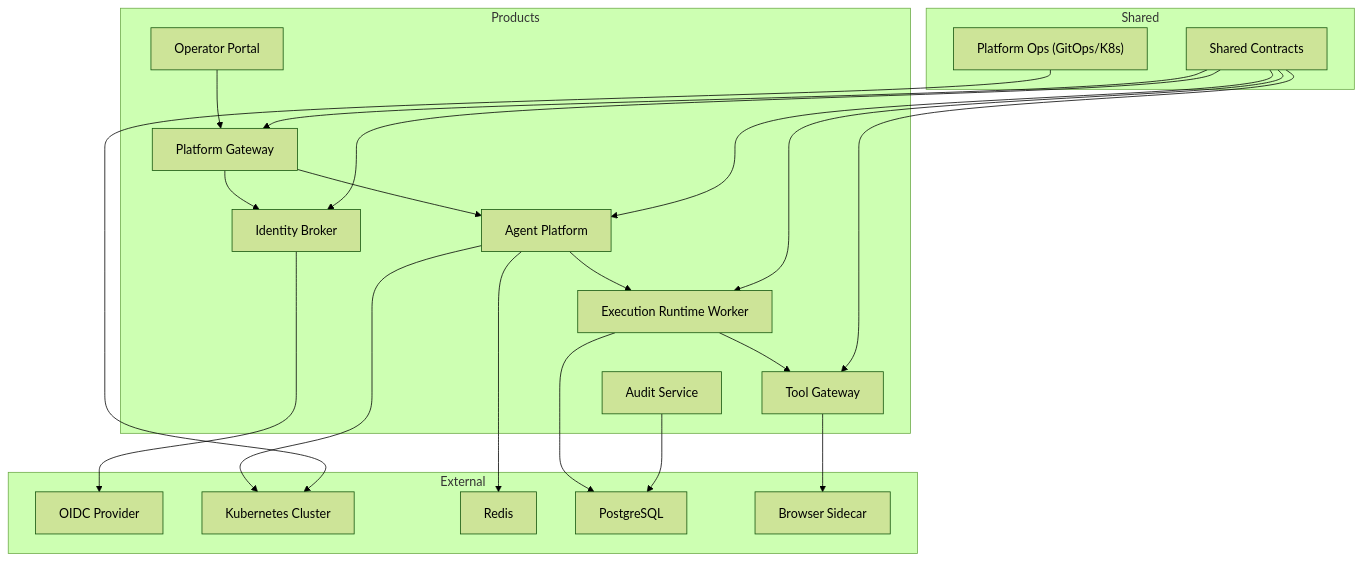
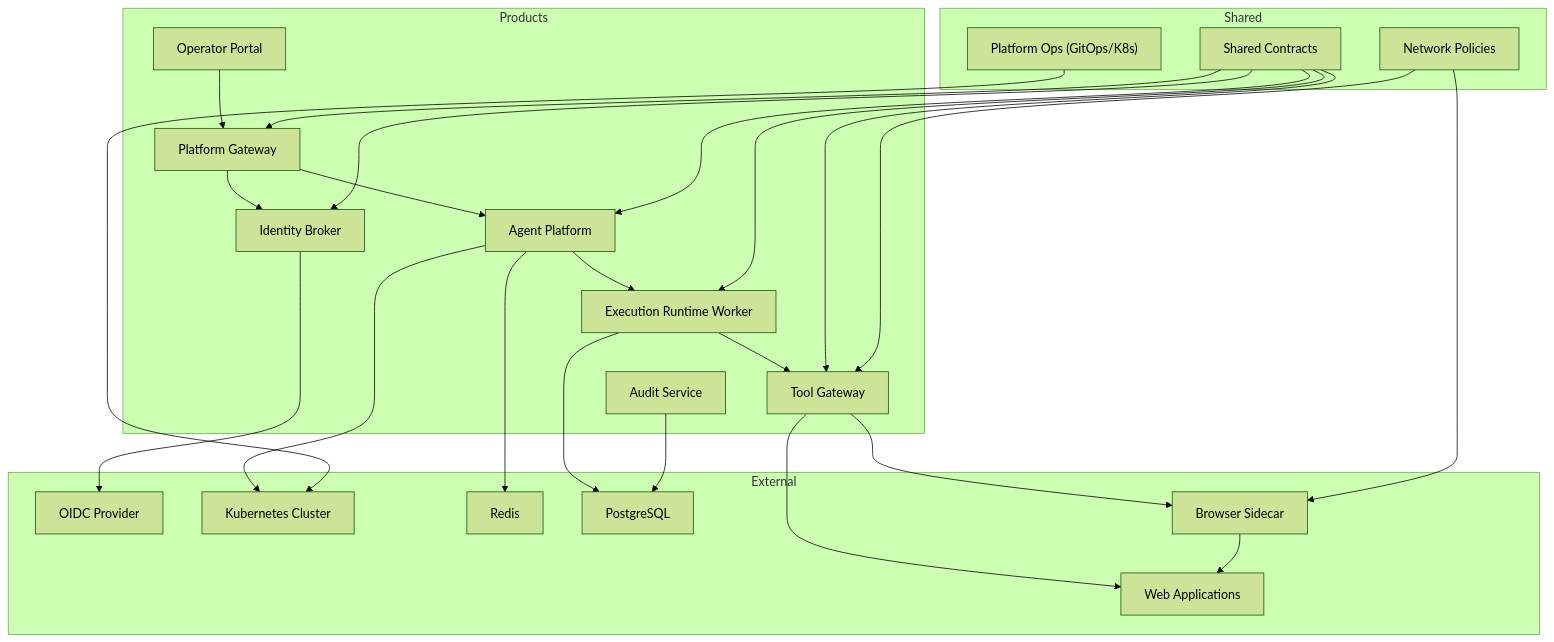
Before and after one commit to metasync/luban-aiops: the first of 13 diagrams in .qoder/repowiki/en/content/Architecture Documentation/Architecture Documentation.md, drawn with Mermaid (forest theme). The commit also changed other lines of this file and 6 other files, not shown here.

````diff
--- a/.qoder/repowiki/en/content/Architecture Documentation/Architecture Documentation.md
+++ b/.qoder/repowiki/en/content/Architecture Documentation/Architecture Documentation.md
@@ -138,40 +133,46 @@
 ```mermaid
 graph TB
 subgraph "Products"
 PG["Platform Gateway"]
 TG["Tool Gateway"]
 ERW["Execution Runtime Worker"]
 AP["Agent Platform"]
 IB["Identity Broker"]
 OP["Operator Portal"]
 AS["Audit Service"]
 end
 subgraph "Shared"
 SC["Shared Contracts"]
 OPS["Platform Ops (GitOps/K8s)"]
+NP["Network Policies"]
 end
 subgraph "External"
 OIDC["OIDC Provider"]
 K8S["Kubernetes Cluster"]
 REDIS["Redis"]
 POSTGRES["PostgreSQL"]
 BROWSER["Browser Sidecar"]
+WEBAPP["Web Applications"]
 end
 OP --> PG
 PG --> AP
 PG --> IB
 AP --> ERW
 ERW --> TG
 ERW --> POSTGRES
 AP --> REDIS
 AP --> K8S
 IB --> OIDC
 OPS --> K8S
 SC --> PG
 SC --> TG
 SC --> AP
 SC --> IB
 SC --> ERW
 AS --> POSTGRES
 TG --> BROWSER
+TG --> WEBAPP
+BROWSER --> WEBAPP
+NP --> TG
+NP --> BROWSER
 ```
````
